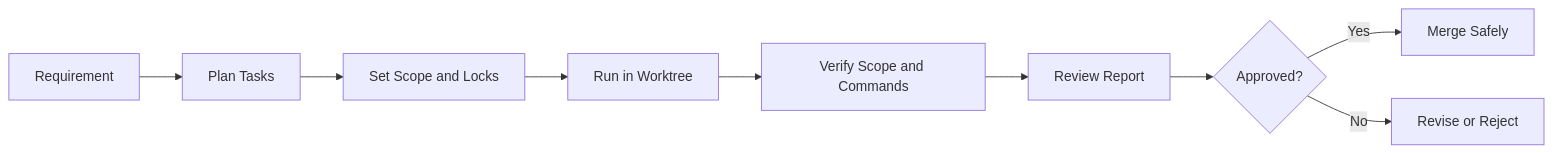
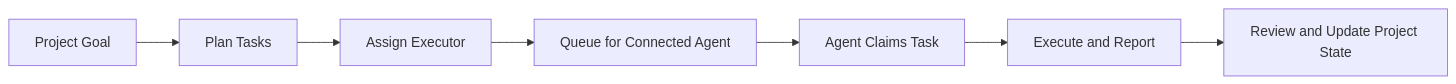
One commit to MelorTang/scopeguard changed the diagram in README.md. Above: the diagram before and after it, drawn with Mermaid. The commit also changed other lines of this file and 31 other files, not shown here.

````diff
--- a/README.md
+++ b/README.md
@@ -88,11 +131,9 @@
 ```mermaid
 flowchart LR
-    A["Requirement"] --> B["Plan Tasks"]
-    B --> C["Set Scope and Locks"]
-    C --> D["Run in Worktree"]
-    D --> E["Verify Scope and Commands"]
-    E --> F["Review Report"]
-    F --> G{"Approved?"}
-    G -->|Yes| H["Merge Safely"]
-    G -->|No| I["Revise or Reject"]
+    A["Project Goal"] --> B["Plan Tasks"]
+    B --> C["Assign Executor"]
+    C --> D["Queue for Connected Agent"]
+    D --> E["Agent Claims Task"]
+    E --> F["Execute and Report"]
+    F --> G["Review and Update Project State"]
 ```
````
